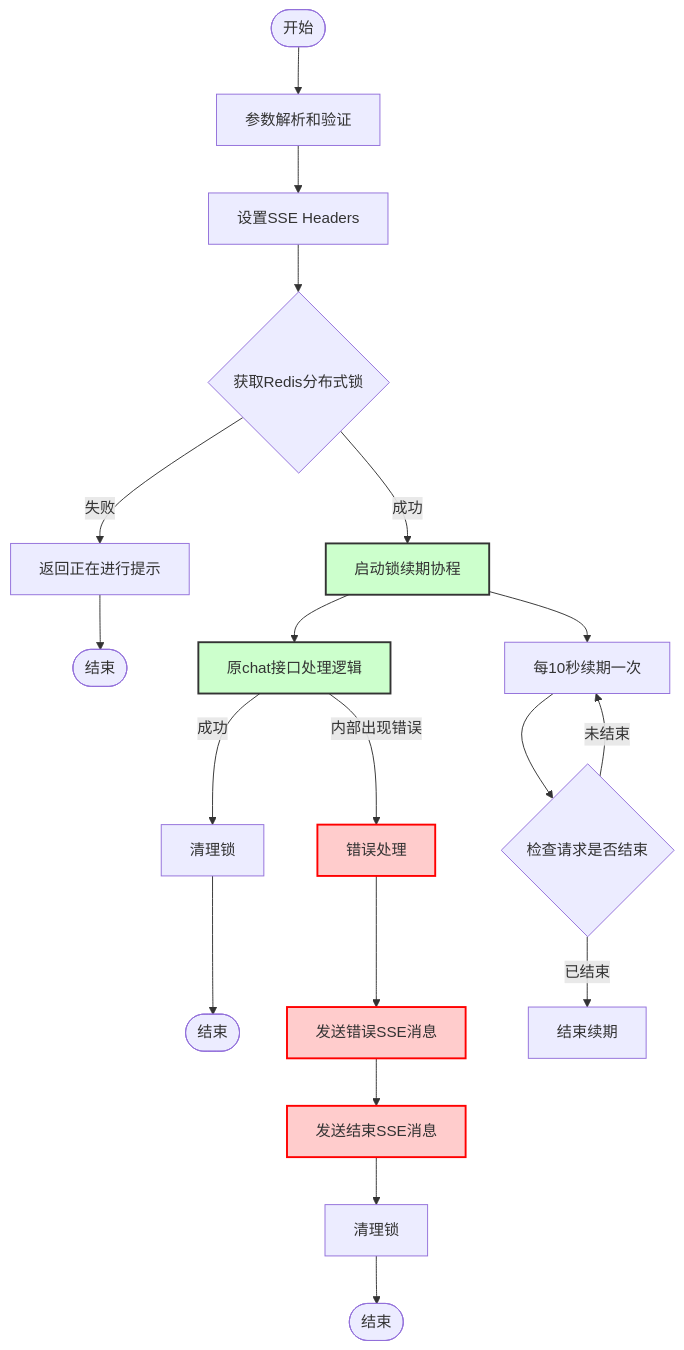
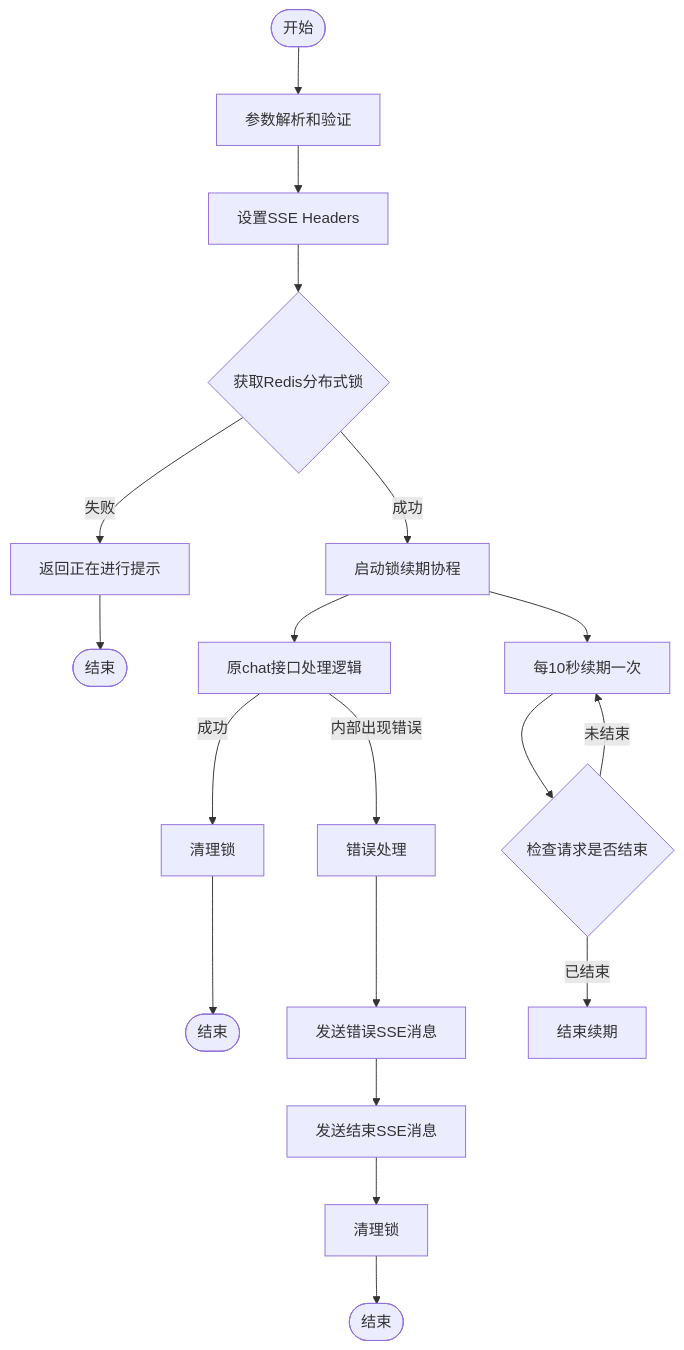
The diagram in all/未命名-15.md (yingjianzh/iodraw-files), drawn with Mermaid before and after one commit.

Commit message:
2025-01-02 17:45:43 update

````diff
--- a/all/未命名-15.md
+++ b/all/未命名-15.md
@@ -1,35 +1,31 @@
 ```mermaid
 flowchart TD
     Start([开始]) --> A[参数解析和验证]
     A --> B[设置SSE Headers]
     B --> C{获取Redis分布式锁}
     
     C -->|失败| D[返回正在进行提示]
     D --> End1([结束])
     
     C -->|成功| E[启动锁续期协程]
     E --> F[原chat接口处理逻辑]
     
     F -->|内部出现错误| G[错误处理]
      %% 正常结束流程
     F -->|成功| N[清理锁]
     N --> End3([结束])
     
     %% 错误处理流程
     G --> K[发送错误SSE消息]
     K --> L[发送结束SSE消息]
     L --> M[清理锁]
     M --> End2([结束])
     
     %% 锁续期协程
     E --> O[每10秒续期一次]
     O --> P{检查请求是否结束}
     P -->|未结束| O
     P -->|已结束| Q[结束续期]
     
     
-    classDef error fill:#ffcccc,stroke:#ff0000,stroke-width:2px
-    classDef normal fill:#ccffcc,stroke:#333,stroke-width:2px
-    class G,K,L error
-    class E,F,I,J normal
 ```
````
